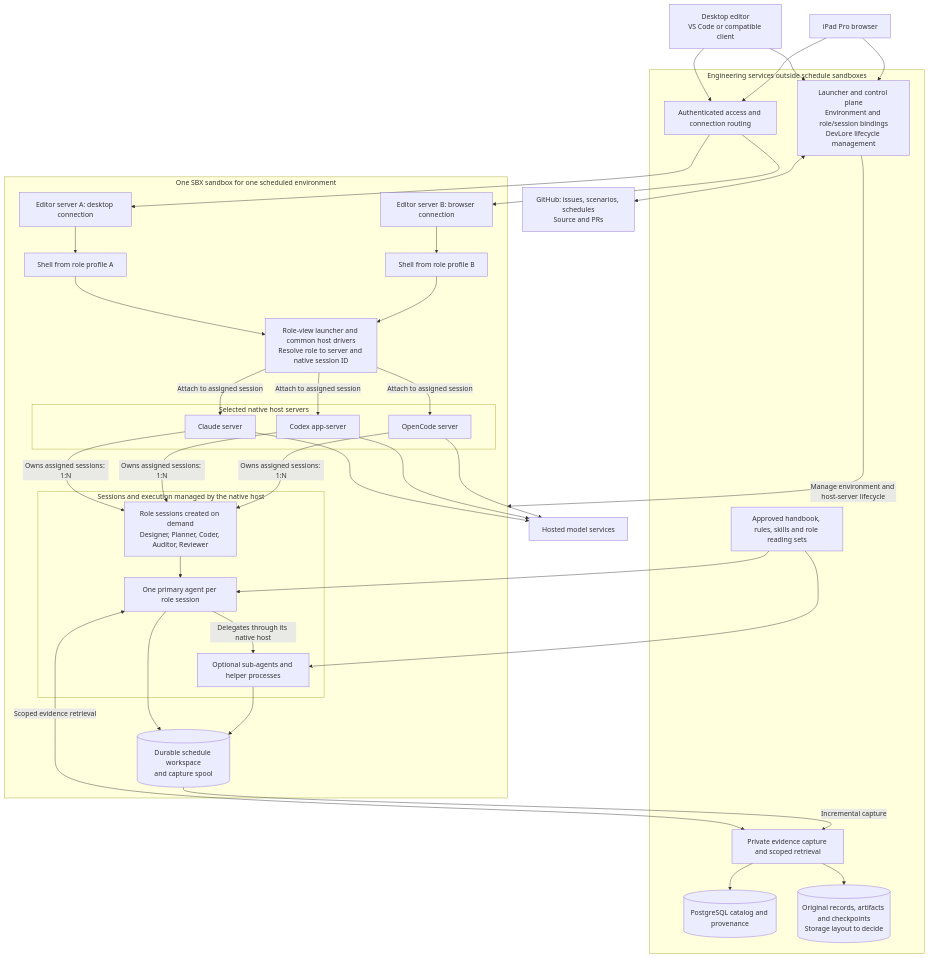
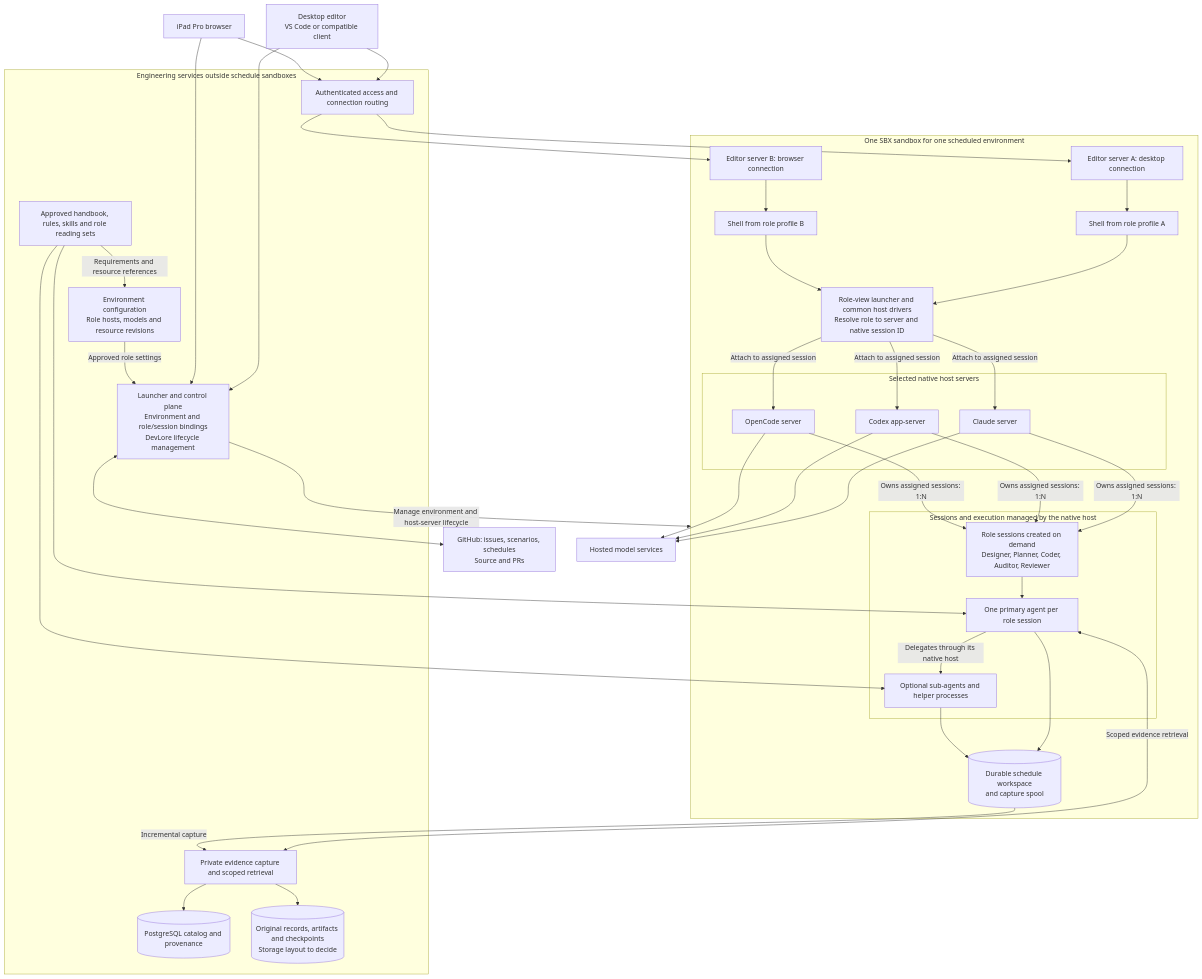
One commit to NobleFactor/noblefactor-engprod changed the first of 7 diagrams in docs/architecture/agentic-developer-workstation.md. Above: the diagram before and after it, drawn with Mermaid. The commit also changed other lines of this file and 3 other files, not shown here.

First line of the commit message:
docs(agents): define environment role configuration

````diff
--- a/docs/architecture/agentic-developer-workstation.md
+++ b/docs/architecture/agentic-developer-workstation.md
@@ -87,70 +87,73 @@
 ```mermaid
 flowchart TB
     Mac["Desktop editor<br/>VS Code or compatible client"]
     Pad["iPad Pro browser"]
     GitHub["GitHub: issues, scenarios, schedules<br/>Source and PRs"]
     Models["Hosted model services"]
 
     subgraph Shared["Engineering services outside schedule sandboxes"]
         Control["Launcher and control plane<br/>Environment and role/session bindings<br/>DevLore lifecycle management"]
         Access["Authenticated access and connection routing"]
         Policy["Approved handbook, rules, skills and role reading sets"]
+        Config["Environment configuration<br/>Role hosts, models and resource revisions"]
         Evidence["Private evidence capture and scoped retrieval"]
         Catalog[("PostgreSQL catalog and provenance")]
         Originals[("Original records, artifacts and checkpoints<br/>Storage layout to decide")]
         Evidence --> Catalog
         Evidence --> Originals
     end
 
     subgraph SBX["One SBX sandbox for one scheduled environment"]
         EditorA["Editor server A: desktop connection"]
         EditorB["Editor server B: browser connection"]
         ProfileA["Shell from role profile A"]
         ProfileB["Shell from role profile B"]
         Attach["Role-view launcher and common host drivers<br/>Resolve role to server and native session ID"]
 
         subgraph Servers["Selected native host servers"]
             Claude["Claude server"]
             Codex["Codex app-server"]
             OpenCode["OpenCode server"]
         end
 
         subgraph Managed["Sessions and execution managed by the native host"]
             Roles["Role sessions created on demand<br/>Designer, Planner, Coder, Auditor, Reviewer"]
             Primary["One primary agent per role session"]
             Children["Optional sub-agents and helper processes"]
             Roles --> Primary
             Primary -->|"Delegates through its native host"| Children
         end
 
         Work[("Durable schedule workspace<br/>and capture spool")]
         EditorA --> ProfileA
         EditorB --> ProfileB
         ProfileA --> Attach
         ProfileB --> Attach
         Attach -->|"Attach to assigned session"| Claude
         Attach -->|"Attach to assigned session"| Codex
         Attach -->|"Attach to assigned session"| OpenCode
         Claude -->|"Owns assigned sessions: 1:N"| Roles
         Codex -->|"Owns assigned sessions: 1:N"| Roles
         OpenCode -->|"Owns assigned sessions: 1:N"| Roles
         Primary --> Work
         Children --> Work
     end
 
     Mac --> Control
     Pad --> Control
     Mac --> Access
     Pad --> Access
     Access --> EditorA
     Access --> EditorB
     Control -->|"Manage environment and host-server lifecycle"| SBX
     Control <--> GitHub
+    Policy -->|Requirements and resource references| Config
+    Config -->|Approved role settings| Control
     Policy --> Primary
     Policy --> Children
     Primary <-->|"Scoped evidence retrieval"| Evidence
     Work -->|"Incremental capture"| Evidence
     Claude --> Models
     Codex --> Models
     OpenCode --> Models
 ```
````
